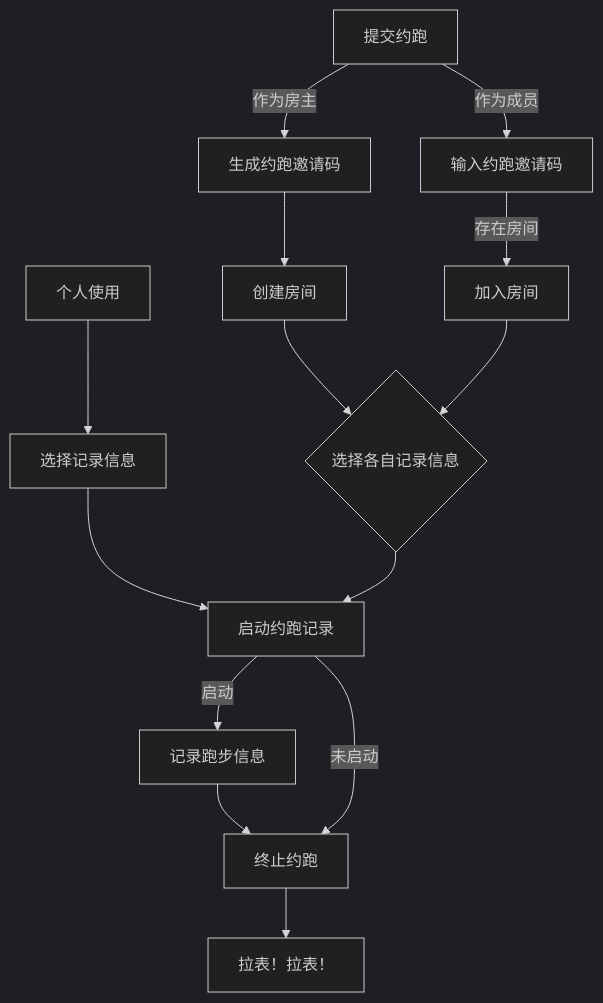
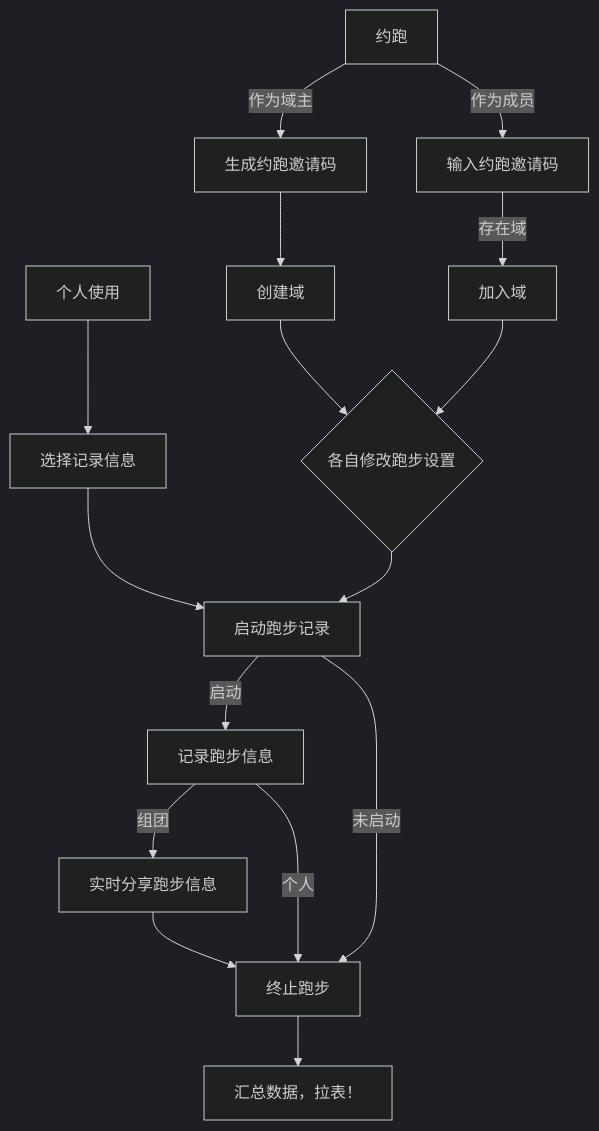
One commit to dkj121/runner changed the first of 4 diagrams in docs/核心流程.md. Above: the diagram before and after it, drawn with Mermaid. The commit also changed other lines of this file and 3 other files, not shown here.

````diff
--- a/docs/核心流程.md
+++ b/docs/核心流程.md
@@ -5,28 +9,36 @@
 ```mermaid
+
 %%{init: {'theme': 'dark'}}%%
 graph TD
 a[个人使用]
 b[选择记录信息]
-A[提交约跑]
+c[记录跑步信息]
+
+A[约跑]
 B[生成约跑邀请码]
-C[输入约跑邀请码]
-D[创建房间]
-E[加入房间]
-F{选择各自记录信息}
-G[启动约跑记录]
-H[记录跑步信息]
-I[终止约跑]
-J[拉表！拉表！]
+B1[输入约跑邀请码]
+C[创建域]
+C1[加入域]
+D{各自修改跑步设置}
+E[启动跑步记录]
+F[实时分享跑步信息]
+G[终止跑步]
+H[汇总数据，拉表！]
 
-A-->|作为房主|B-->D-->F
-A-->|作为成员|C-->|存在房间|E-->F
 
-a-->b-->G
+A-->|作为域主|B-->C-->D
+A-->|作为成员|B1-->|存在域|C1-->D
 
-F-->G
+a-->b-->E
 
-G-->|启动|H-->I
-G-->|未启动|I
+D-->E
 
-I-->J
+E-->|启动|c
+
+c-->|组团|F-->G
+c-->|个人|G
+E-->|未启动|G
+
+G-->H
+
 ```
````
